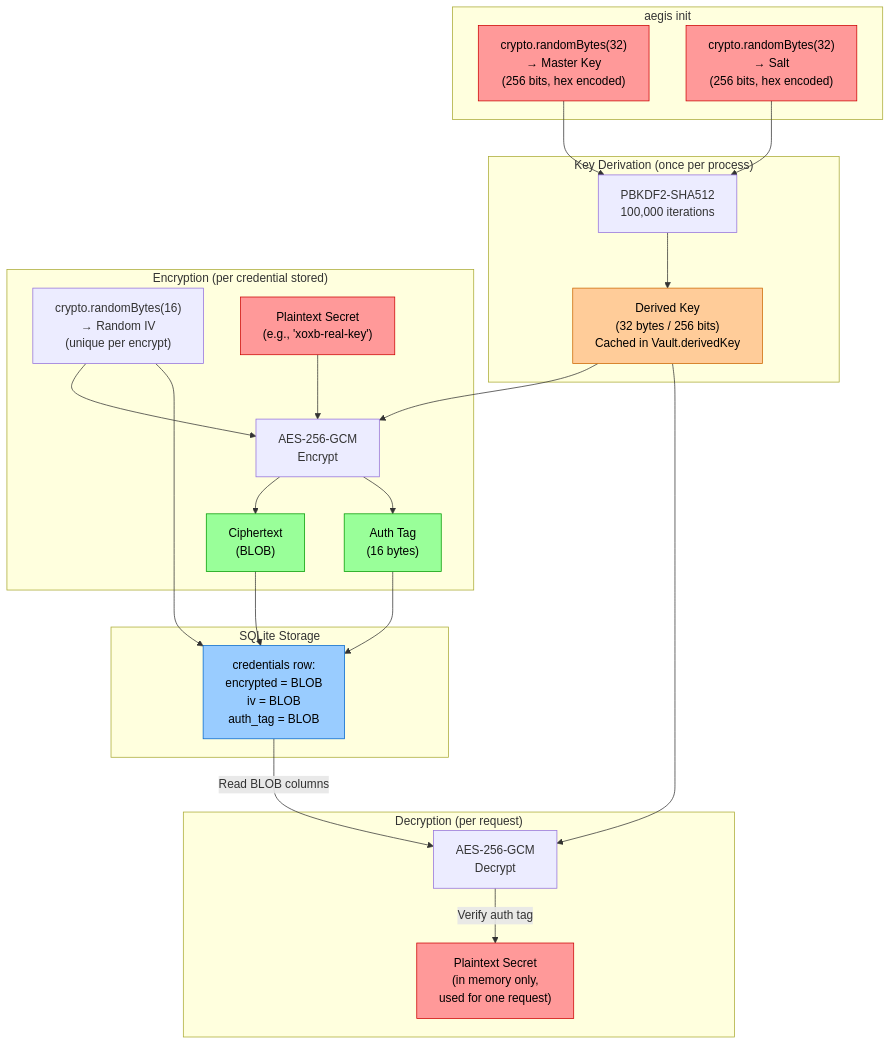
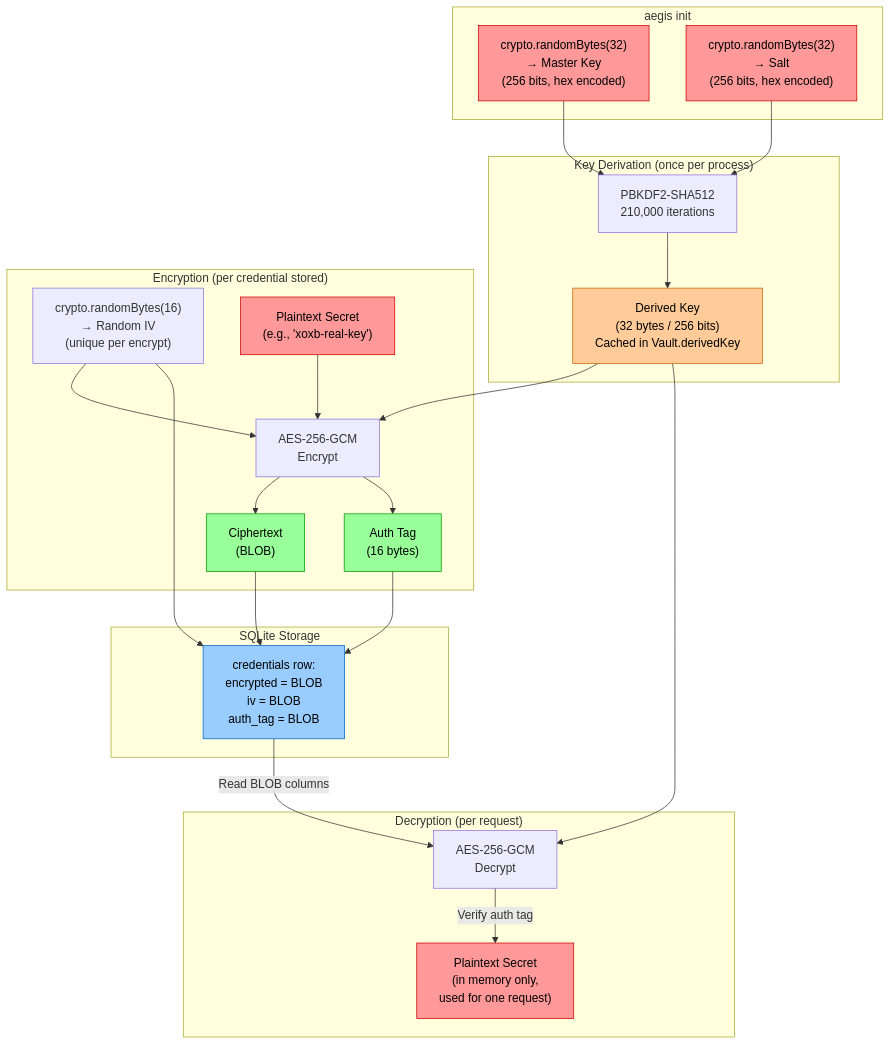
Before and after one commit to getaegis/aegis: the second of 4 diagrams in docs/SECURITY_ARCHITECTURE.md, drawn with Mermaid. The commit also changed other lines of this file and 59 other files, not shown here.

````diff
--- a/docs/SECURITY_ARCHITECTURE.md
+++ b/docs/SECURITY_ARCHITECTURE.md
@@ -345,44 +354,44 @@
 ```mermaid
 graph TD
     subgraph INIT["aegis init"]
         MK["crypto.randomBytes(32)<br/>→ Master Key<br/>(256 bits, hex encoded)"]
         SALT["crypto.randomBytes(32)<br/>→ Salt<br/>(256 bits, hex encoded)"]
     end
 
     subgraph KDF["Key Derivation (once per process)"]
-        MK --> PBKDF2["PBKDF2-SHA512<br/>100,000 iterations"]
+        MK --> PBKDF2["PBKDF2-SHA512<br/>210,000 iterations"]
         SALT --> PBKDF2
         PBKDF2 --> DK["Derived Key<br/>(32 bytes / 256 bits)<br/>Cached in Vault.derivedKey"]
     end
 
     subgraph ENC["Encryption (per credential stored)"]
         RIV["crypto.randomBytes(16)<br/>→ Random IV<br/>(unique per encrypt)"]
         PT["Plaintext Secret<br/>(e.g., 'xoxb-real-key')"]
         DK --> AESGCM["AES-256-GCM<br/>Encrypt"]
         RIV --> AESGCM
         PT --> AESGCM
         AESGCM --> CT["Ciphertext<br/>(BLOB)"]
         AESGCM --> AT["Auth Tag<br/>(16 bytes)"]
     end
 
     subgraph DB["SQLite Storage"]
         CT --> ROW["credentials row:<br/>encrypted = BLOB<br/>iv = BLOB<br/>auth_tag = BLOB"]
         AT --> ROW
         RIV --> ROW
     end
 
     subgraph DEC["Decryption (per request)"]
         ROW --> |"Read BLOB columns"| AESD["AES-256-GCM<br/>Decrypt"]
         DK --> AESD
         AESD --> |"Verify auth tag"| PTOUT["Plaintext Secret<br/>(in memory only,<br/>used for one request)"]
     end
 
     style MK fill:#ff9999,stroke:#cc0000,color:#000
     style SALT fill:#ff9999,stroke:#cc0000,color:#000
     style DK fill:#ffcc99,stroke:#cc6600,color:#000
     style PT fill:#ff9999,stroke:#cc0000,color:#000
     style PTOUT fill:#ff9999,stroke:#cc0000,color:#000
     style CT fill:#99ff99,stroke:#009900,color:#000
     style AT fill:#99ff99,stroke:#009900,color:#000
     style ROW fill:#99ccff,stroke:#0066cc,color:#000
 ```
````
